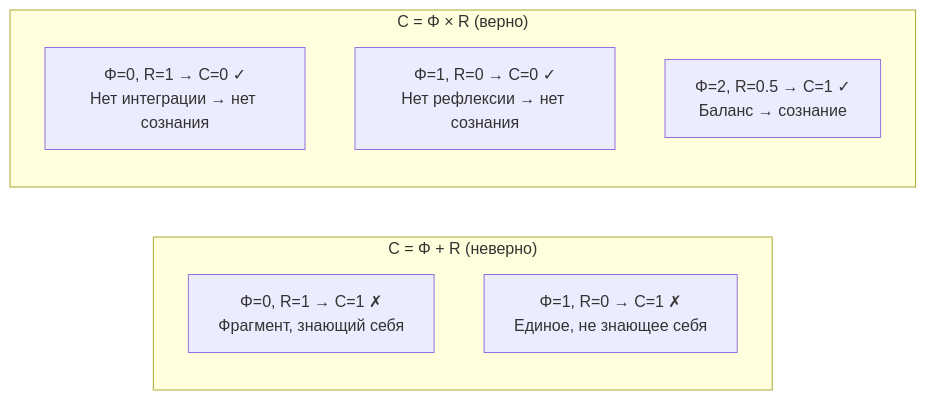
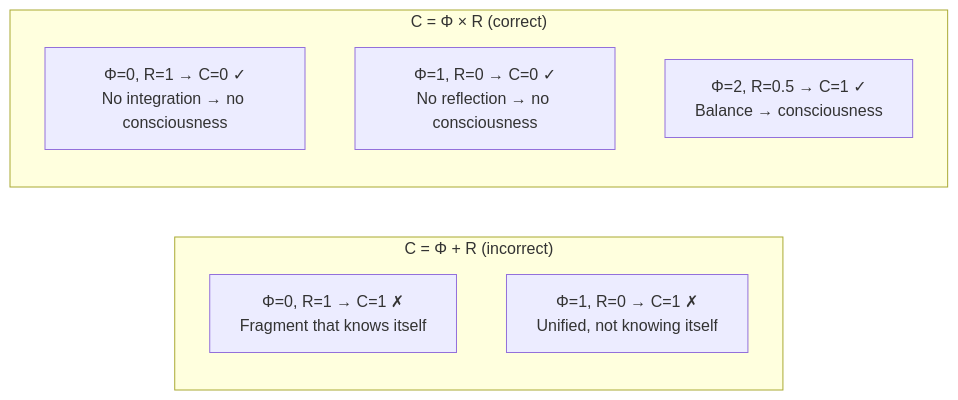
The diagram in website/docs/consciousness/foundations/self-observation.md (gst-st/uhm), drawn with Mermaid before and after one commit. The commit also changed other lines of this file and 79 other files, not shown here.

````diff
--- a/website/docs/consciousness/foundations/self-observation.md
+++ b/website/docs/consciousness/foundations/self-observation.md
@@ -530,12 +530,12 @@
 ```mermaid
 graph LR
-    subgraph "C = Φ + R (неверно)"
-        A1["Φ=0, R=1 → C=1 ✗<br/>Фрагмент, знающий себя"]
-        A2["Φ=1, R=0 → C=1 ✗<br/>Единое, не знающее себя"]
+    subgraph "C = Φ + R (incorrect)"
+        A1["Φ=0, R=1 → C=1 ✗<br/>Fragment that knows itself"]
+        A2["Φ=1, R=0 → C=1 ✗<br/>Unified, not knowing itself"]
     end
-    subgraph "C = Φ × R (верно)"
-        B1["Φ=0, R=1 → C=0 ✓<br/>Нет интеграции → нет сознания"]
-        B2["Φ=1, R=0 → C=0 ✓<br/>Нет рефлексии → нет сознания"]
-        B3["Φ=2, R=0.5 → C=1 ✓<br/>Баланс → сознание"]
+    subgraph "C = Φ × R (correct)"
+        B1["Φ=0, R=1 → C=0 ✓<br/>No integration → no consciousness"]
+        B2["Φ=1, R=0 → C=0 ✓<br/>No reflection → no consciousness"]
+        B3["Φ=2, R=0.5 → C=1 ✓<br/>Balance → consciousness"]
     end
 ```
````
